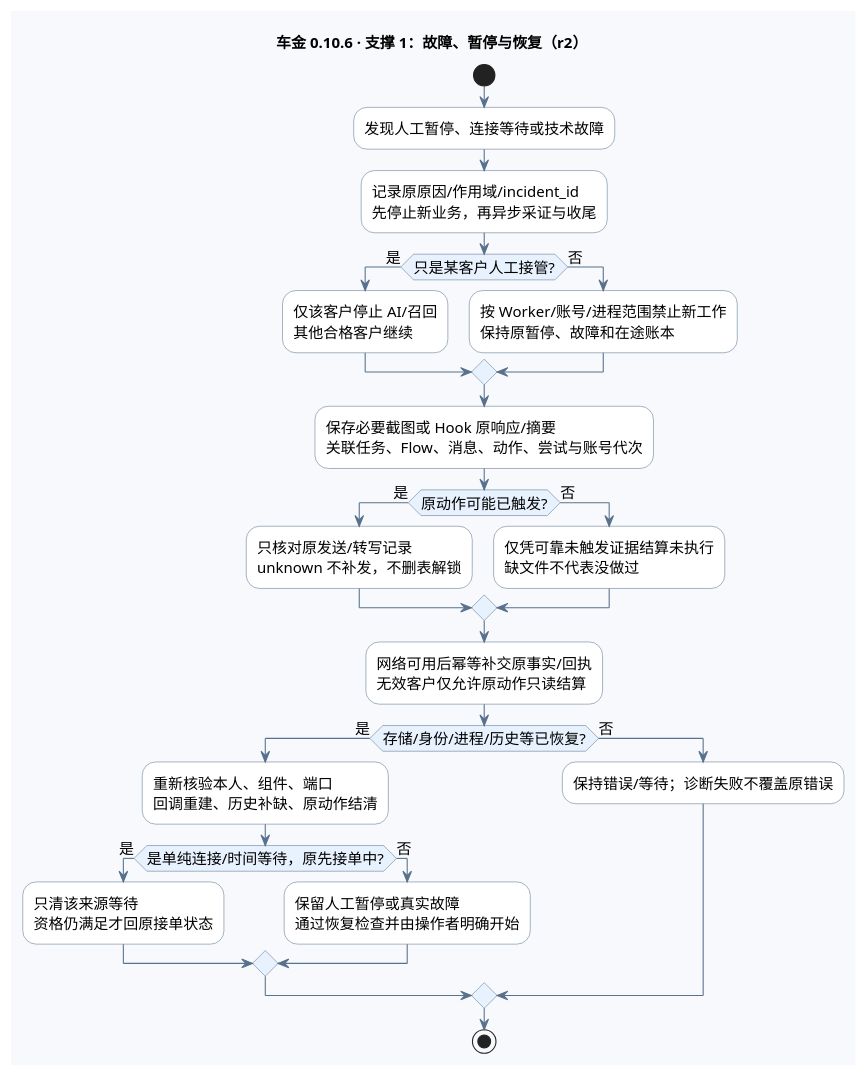
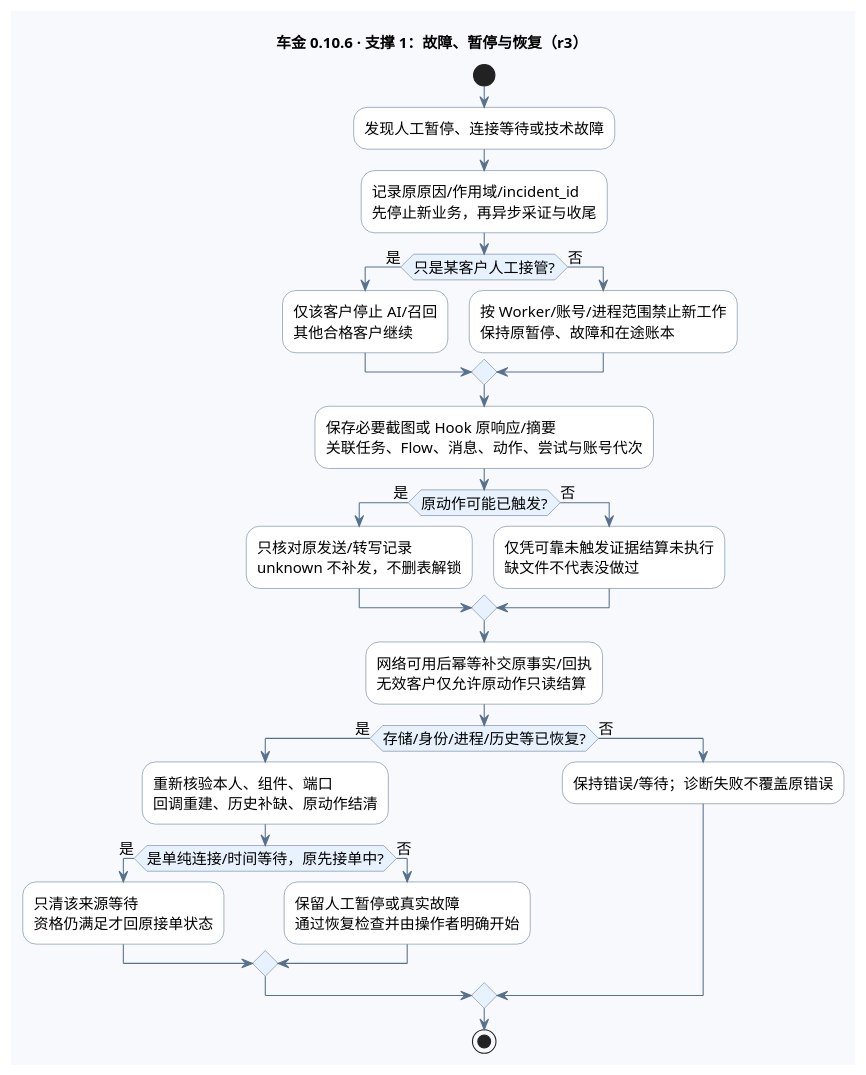
One commit to edwardzhang0304/chejin-ai-sales changed the second of 4 diagrams in deliverables/AI智能客服售前跟进系统_全流程图_v0.10.6.puml. Above: the diagram before and after it, drawn with PlantUML. The commit also changed other lines of this file and 8 other files, not shown here.

```diff
--- a/deliverables/AI智能客服售前跟进系统_全流程图_v0.10.6.puml
+++ b/deliverables/AI智能客服售前跟进系统_全流程图_v0.10.6.puml
@@ -183,51 +183,51 @@
 @startuml fault
 !pragma layout smetana
 skinparam defaultFontName "PingFang SC"
 skinparam defaultFontSize 14
 skinparam backgroundColor #F7F9FC
 skinparam shadowing false
 skinparam activityBackgroundColor #FFFFFF
 skinparam activityBorderColor #58718C
 skinparam activityDiamondBackgroundColor #E8F2FE
 skinparam activityDiamondBorderColor #58718C
 skinparam ArrowColor #58718C
 skinparam noteBackgroundColor #FFF4D9
 skinparam noteBorderColor #CDA556
-title 车金 0.10.6 · 支撑 1：故障、暂停与恢复（r2）
+title 车金 0.10.6 · 支撑 1：故障、暂停与恢复（r3）
 start
 :发现人工暂停、连接等待或技术故障;
 :记录原原因/作用域/incident_id
 先停止新业务，再异步采证与收尾;
 if (只是某客户人工接管?) then (是)
   :仅该客户停止 AI/召回
 其他合格客户继续;
 else (否)
   :按 Worker/账号/进程范围禁止新工作
 保持原暂停、故障和在途账本;
 endif
 :保存必要截图或 Hook 原响应/摘要
 关联任务、Flow、消息、动作、尝试与账号代次;
 if (原动作可能已触发?) then (是)
   :只核对原发送/转写记录
 unknown 不补发，不删表解锁;
 else (否)
   :仅凭可靠未触发证据结算未执行
 缺文件不代表没做过;
 endif
 :网络可用后幂等补交原事实/回执
 无效客户仅允许原动作只读结算;
 if (存储/身份/进程/历史等已恢复?) then (是)
   :重新核验本人、组件、端口
 回调重建、历史补缺、原动作结清;
   if (是单纯连接/时间等待，原先接单中?) then (是)
     :只清该来源等待
 资格仍满足才回原接单状态;
   else (否)
     :保留人工暂停或真实故障
 通过恢复检查并由操作者明确开始;
   endif
 else (否)
   :保持错误/等待；诊断失败不覆盖原错误;
 endif
 stop
 @enduml
```
